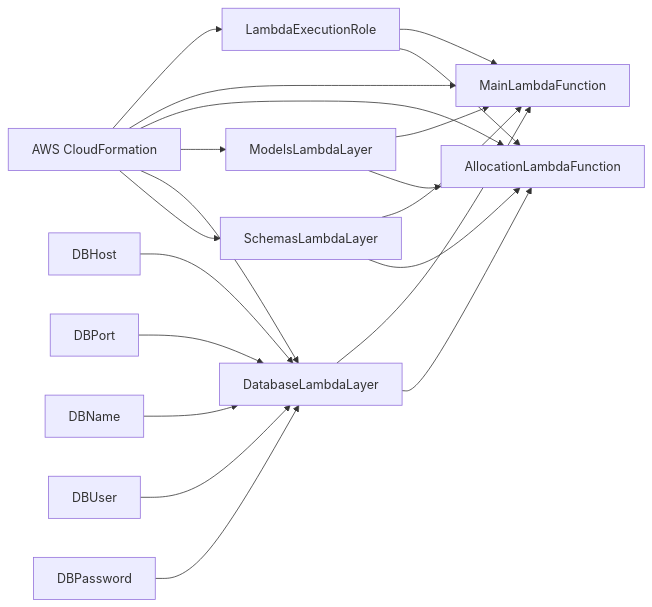
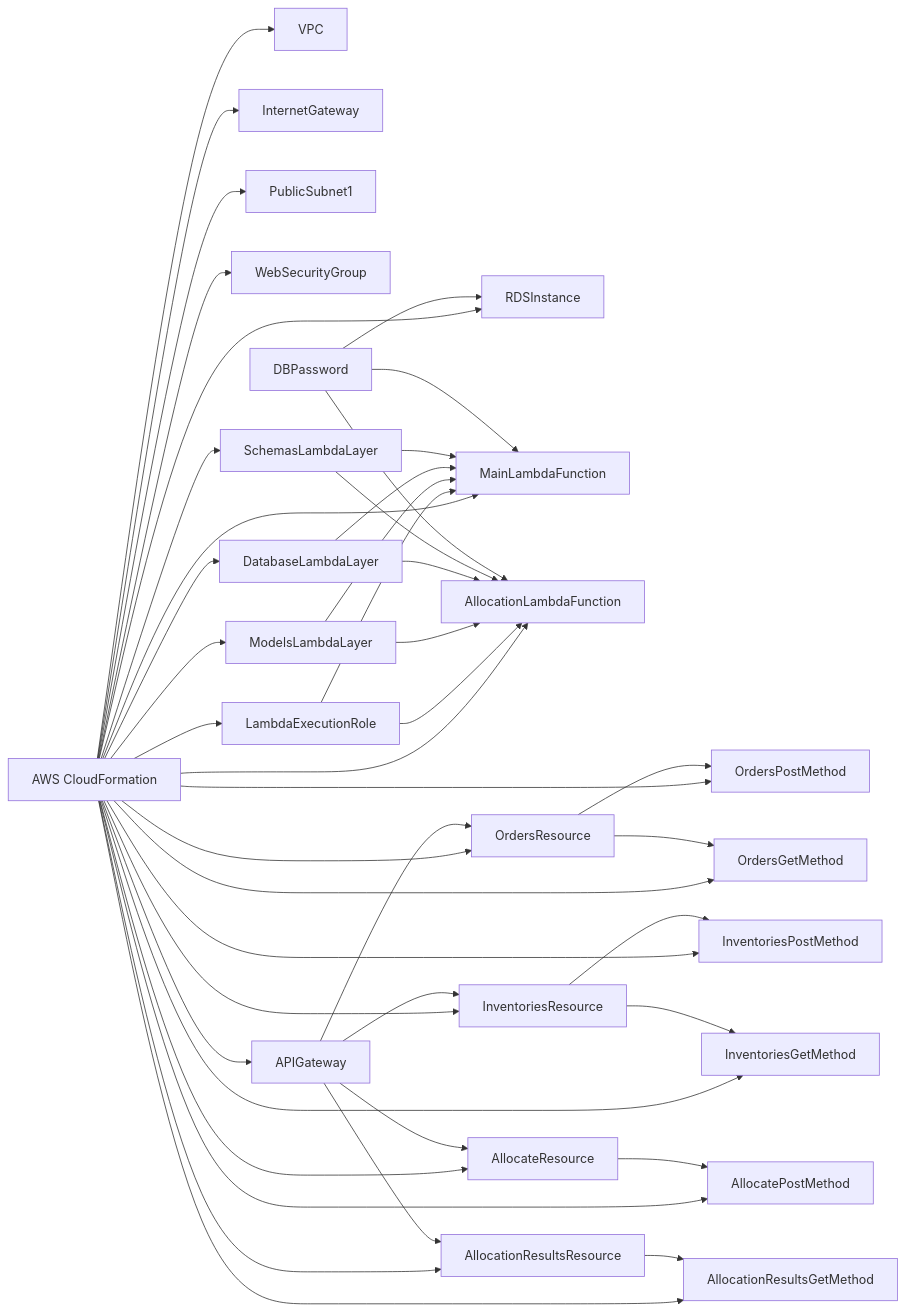
One commit to Rayoo-Nakano/InventoryAllocation changed the first of 3 diagrams in Backend/env/在庫引当 - 環境構築(IaC).md. Above: the diagram before and after it, drawn with Mermaid. The commit also changed other lines of this file and 1 other file, not shown here.

````diff
--- a/Backend/env/在庫引当 - 環境構築(IaC).md
+++ b/Backend/env/在庫引当 - 環境構築(IaC).md
@@ -308,27 +7,56 @@
 ```mermaid
 graph LR
-    A[AWS CloudFormation] --> B[LambdaExecutionRole]
-    A --> C[MainLambdaFunction]
-    A --> D[AllocationLambdaFunction]
-    A --> E[ModelsLambdaLayer]
-    A --> F[DatabaseLambdaLayer]
-    A --> G[SchemasLambdaLayer]
+    A[AWS CloudFormation] --> B[VPC]
+    A --> C[InternetGateway]
+    A --> D[PublicSubnet1]
+    A --> E[WebSecurityGroup]
+    A --> F[RDSInstance]
+    A --> G[LambdaExecutionRole]
+    A --> H[MainLambdaFunction]
+    A --> I[AllocationLambdaFunction]
+    A --> J[ModelsLambdaLayer]
+    A --> K[DatabaseLambdaLayer]
+    A --> L[SchemasLambdaLayer]
+    A --> M[APIGateway]
+    A --> N[OrdersResource]
+    A --> O[InventoriesResource]
+    A --> P[AllocateResource]
+    A --> Q[AllocationResultsResource]
+    A --> R[OrdersPostMethod]
+    A --> S[OrdersGetMethod]
+    A --> T[InventoriesPostMethod]
+    A --> U[InventoriesGetMethod]
+    A --> V[AllocatePostMethod]
+    A --> W[AllocationResultsGetMethod]
 
-    B --> C
-    B --> D
+    G --> H
+    G --> I
 
-    E --> C
-    E --> D
+    J --> H
+    J --> I
 
-    F --> C
-    F --> D
+    K --> H
+    K --> I
 
-    G --> C
-    G --> D
+    L --> H
+    L --> I
 
-    H[DBHost] --> F
-    I[DBPort] --> F
-    J[DBName] --> F
-    K[DBUser] --> F
-    L[DBPassword] --> F
+    M --> N
+    M --> O
+    M --> P
+    M --> Q
+
+    N --> R
+    N --> S
+
+    O --> T
+    O --> U
+
+    P --> V
+
+    Q --> W
+
+    X[DBPassword] --> F
+    X --> H
+    X --> I
 ```
````
